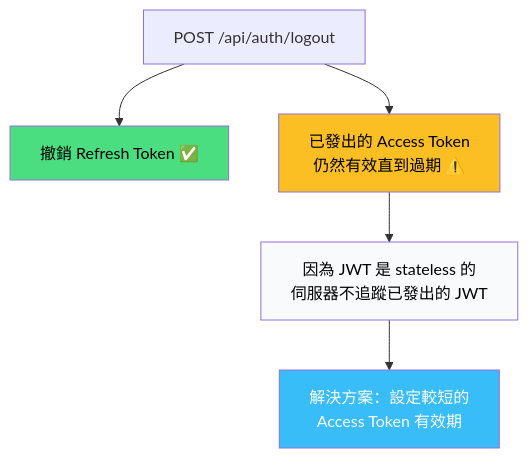
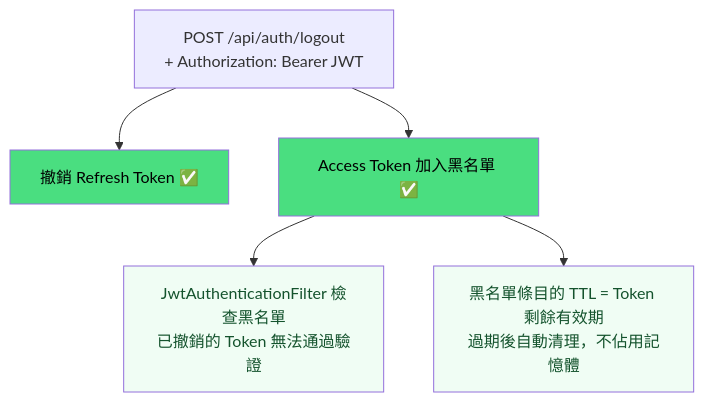
Before and after one commit to ChunPingWang/jwt-poc: the tenth of 18 diagrams in README.md, drawn with Mermaid. The commit also changed other lines of this file, not shown here.

First line of the commit message:
文件：更新 README 新增四項進階功能說明與架構圖

````diff
--- a/README.md
+++ b/README.md
@@ -381,13 +387,13 @@
 ```mermaid
 graph TD
-    LOGOUT["POST /api/auth/logout"] --> REVOKE["撤銷 Refresh Token ✅"]
-    LOGOUT --> NOTE["已發出的 Access Token<br/>仍然有效直到過期 ⚠️"]
+    LOGOUT["POST /api/auth/logout<br/>+ Authorization: Bearer JWT"] --> REVOKE["撤銷 Refresh Token ✅"]
+    LOGOUT --> BLACKLIST["Access Token 加入黑名單 ✅"]
 
-    NOTE --> REASON["因為 JWT 是 stateless 的<br/>伺服器不追蹤已發出的 JWT"]
-    REASON --> SOLUTION["解決方案：設定較短的<br/>Access Token 有效期"]
+    BLACKLIST --> DETAIL["JwtAuthenticationFilter 檢查黑名單<br/>已撤銷的 Token 無法通過驗證"]
+    BLACKLIST --> TTL["黑名單條目的 TTL = Token 剩餘有效期<br/>過期後自動清理，不佔用記憶體"]
 
     style REVOKE fill:#4ade80,color:#000
-    style NOTE fill:#fbbf24,color:#000
-    style REASON fill:#f8fafc,color:#000
-    style SOLUTION fill:#38bdf8,color:#fff
+    style BLACKLIST fill:#4ade80,color:#000
+    style DETAIL fill:#f0fdf4,color:#14532d
+    style TTL fill:#f0fdf4,color:#14532d
 ```
````
